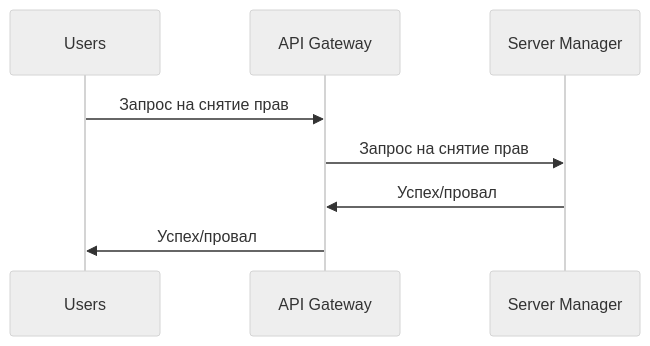
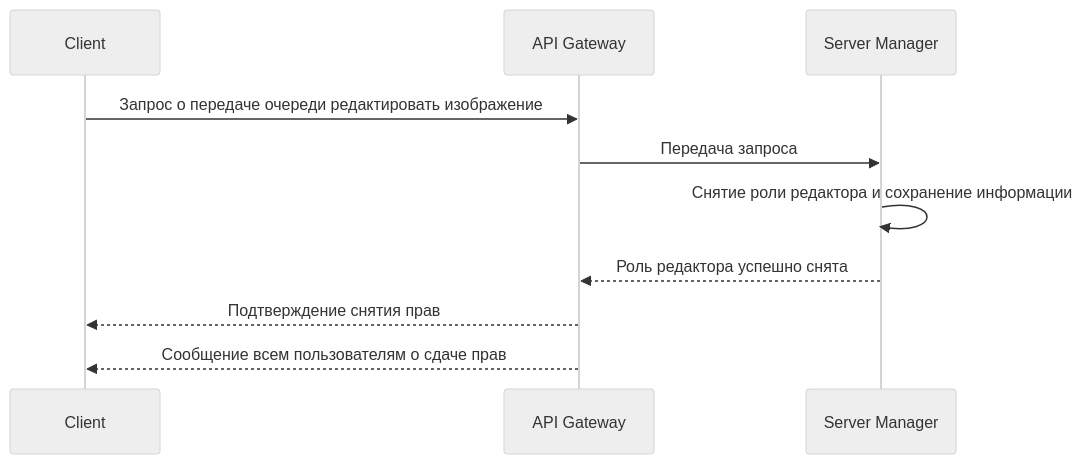
One commit to spbu-ds-practicum-2025/dev changed the seventh of 7 diagrams in docs/tr.md. Above: the diagram before and after it, drawn with Mermaid (neutral theme). The commit also changed other lines of this file, not shown here.

````diff
--- a/docs/tr.md
+++ b/docs/tr.md
@@ -257,10 +287,13 @@
 ```mermaid
 sequenceDiagram
-    participant Users
+    participant Client 
     participant API Gateway
     participant Server Manager
-    Users->>API Gateway: Запрос на снятие прав
-    API Gateway->>Server Manager: Запрос на снятие прав
-    Server Manager->>API Gateway: Успех/провал
-    API Gateway->>Users: Успех/провал
+
+    Client ->> API Gateway: Запрос о передаче очереди редактировать изображение
+    API Gateway ->> Server Manager: Передача запроса
+    Server Manager ->> Server Manager: Снятие роли редактора и сохранение информации
+    Server Manager -->> API Gateway: Роль редактора успешно снята
+    API Gateway -->> Client: Подтверждение снятия прав
+    API Gateway -->> Client: Сообщение всем пользователям о сдаче прав
 ```
````
